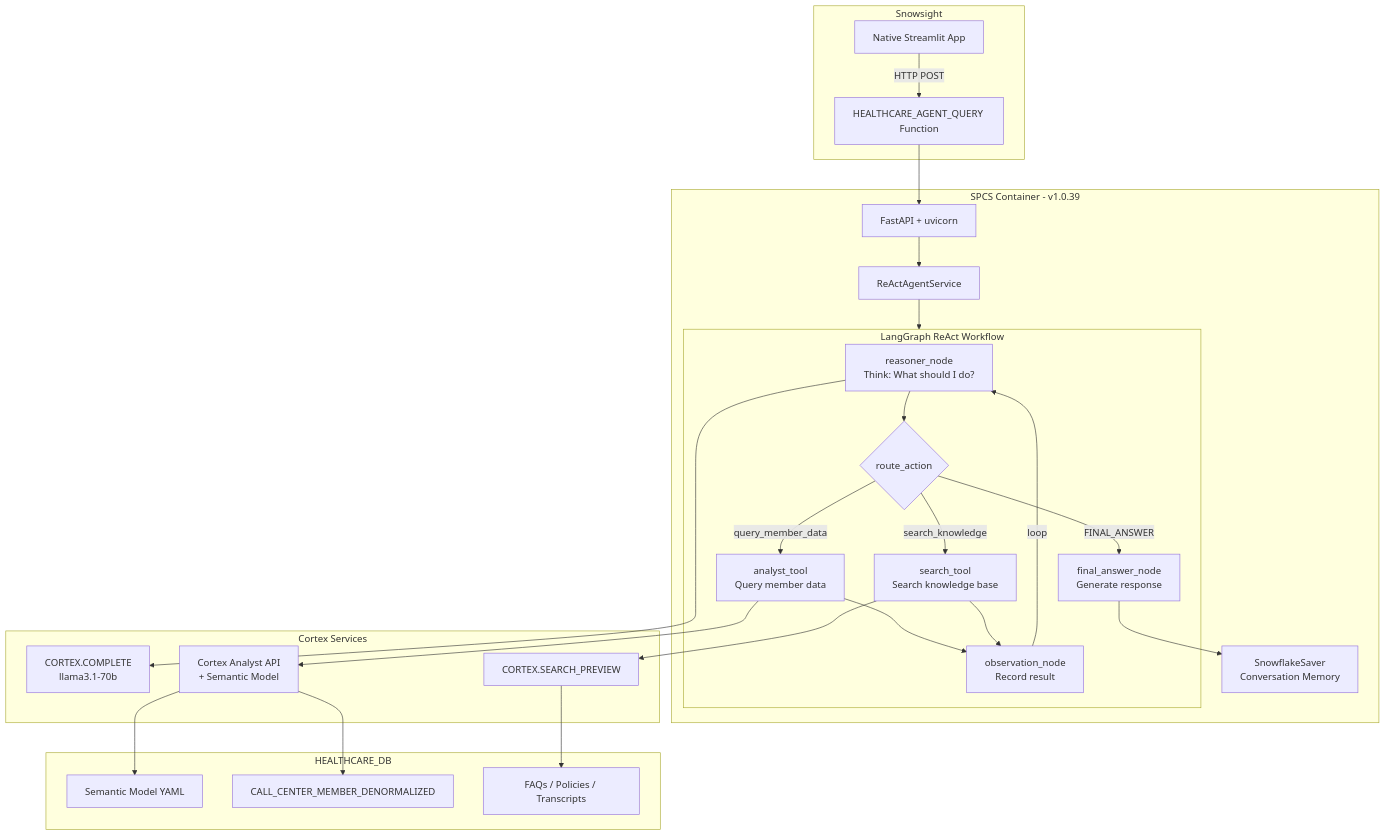
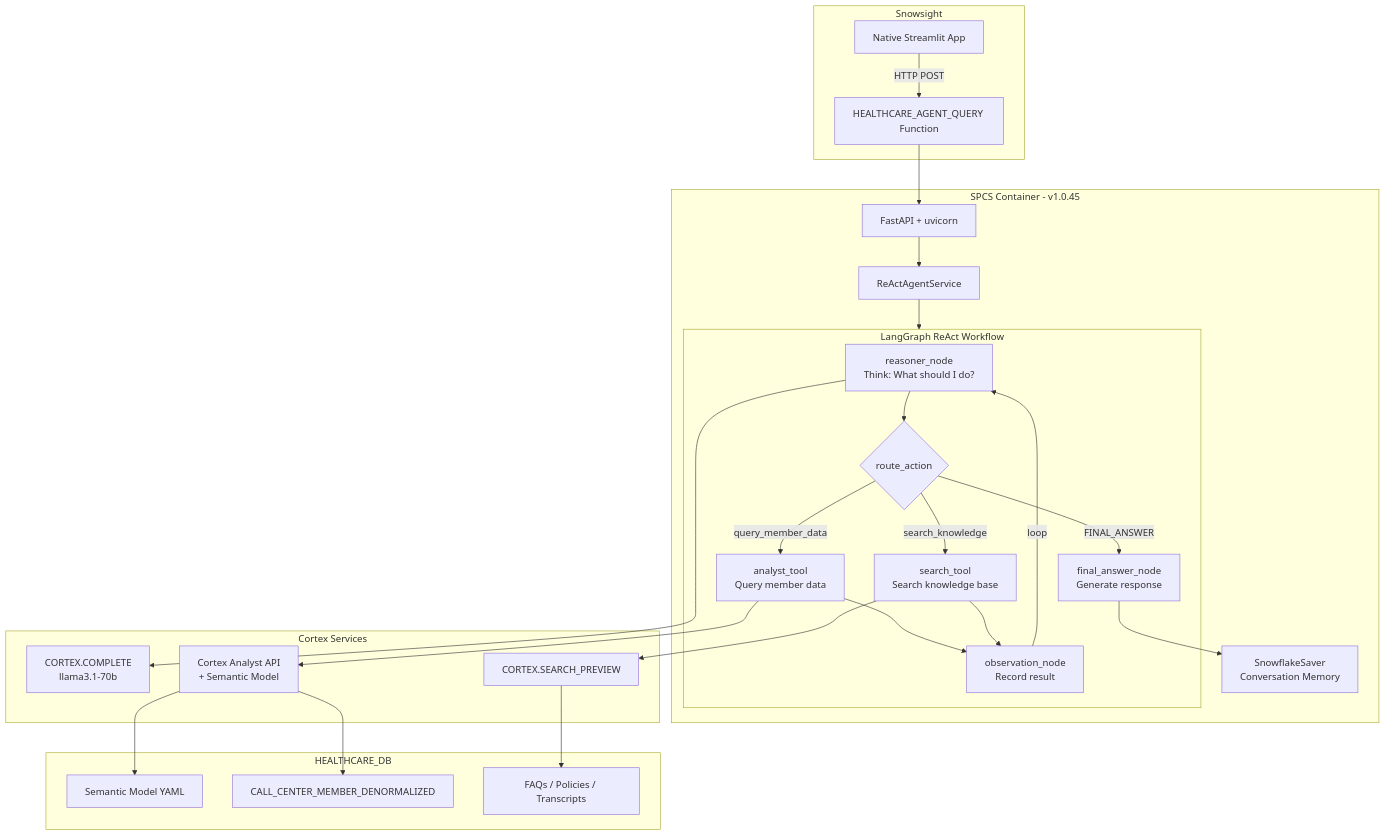
One commit to NikitaVoitov/snowflake-healthcare-agent changed the diagram in README.md. Above: the diagram before and after it, drawn with Mermaid. The commit also changed other lines of this file and 17 other files, not shown here.

````diff
--- a/README.md
+++ b/README.md
@@ -40,58 +40,58 @@
 ```mermaid
 flowchart TD
     subgraph snowsight["Snowsight"]
         StreamlitApp["Native Streamlit App"]
         ServiceFunction["HEALTHCARE_AGENT_QUERY Function"]
     end
 
-    subgraph spcs["SPCS Container - v1.0.39"]
+    subgraph spcs["SPCS Container - v1.0.45"]
         FastAPI["FastAPI + uvicorn"]
         ReactService["ReActAgentService"]
         
         subgraph react_graph["LangGraph ReAct Workflow"]
             Reasoner["reasoner_node<br/>Think: What should I do?"]
             Router{route_action}
             AnalystTool["analyst_tool<br/>Query member data"]
             SearchTool["search_tool<br/>Search knowledge base"]
             Observation["observation_node<br/>Record result"]
             FinalAnswer["final_answer_node<br/>Generate response"]
         end
         
         Checkpointer["SnowflakeSaver<br/>Conversation Memory"]
     end
 
     subgraph cortex["Cortex Services"]
         CortexComplete["CORTEX.COMPLETE<br/>llama3.1-70b"]
         CortexAnalyst["Cortex Analyst API<br/>+ Semantic Model"]
         CortexSearch["CORTEX.SEARCH_PREVIEW"]
     end
 
     subgraph db["HEALTHCARE_DB"]
         SemanticModel["Semantic Model YAML"]
         MemberData["CALL_CENTER_MEMBER_DENORMALIZED"]
         KnowledgeData["FAQs / Policies / Transcripts"]
     end
 
     StreamlitApp -->|HTTP POST| ServiceFunction
     ServiceFunction --> FastAPI
     FastAPI --> ReactService
     ReactService --> react_graph
     
     Reasoner --> Router
     Router -->|query_member_data| AnalystTool
     Router -->|search_knowledge| SearchTool
     Router -->|FINAL_ANSWER| FinalAnswer
     
     AnalystTool --> Observation
     SearchTool --> Observation
     Observation -->|loop| Reasoner
     
     FinalAnswer --> Checkpointer
     
     Reasoner --> CortexComplete
     AnalystTool --> CortexAnalyst
     SearchTool --> CortexSearch
     CortexAnalyst --> SemanticModel
     CortexAnalyst --> MemberData
     CortexSearch --> KnowledgeData
 ```
````
